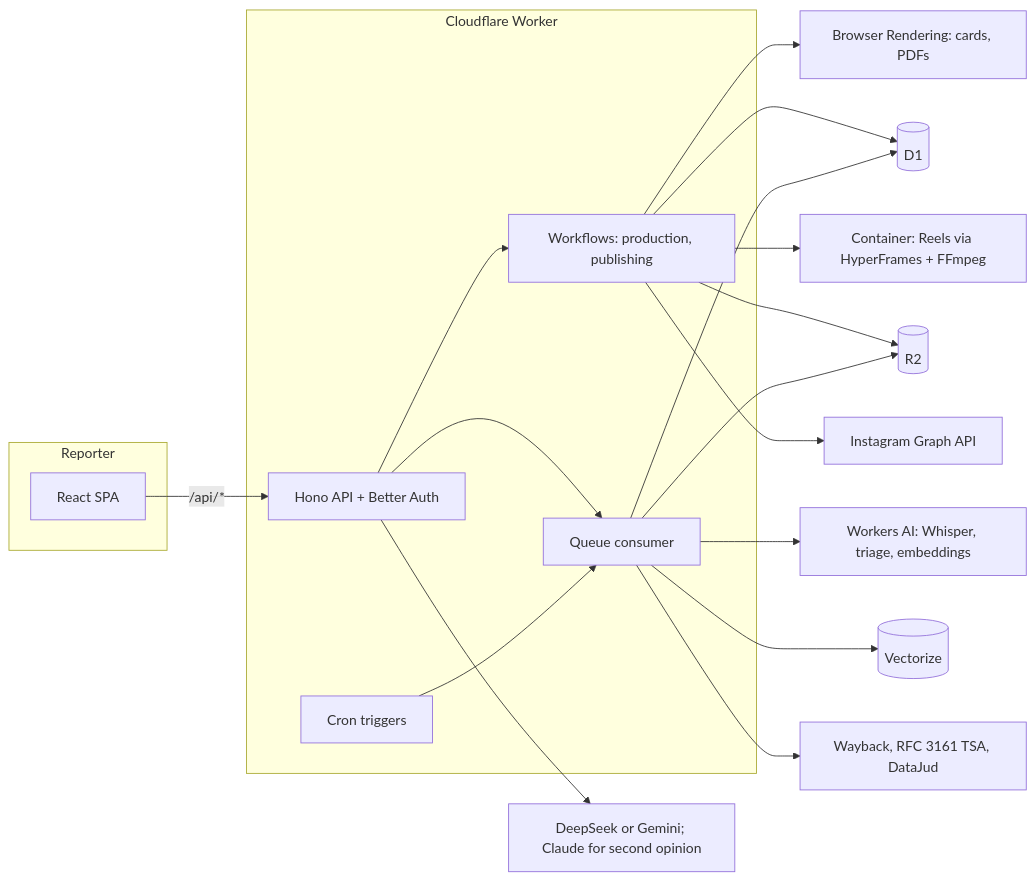
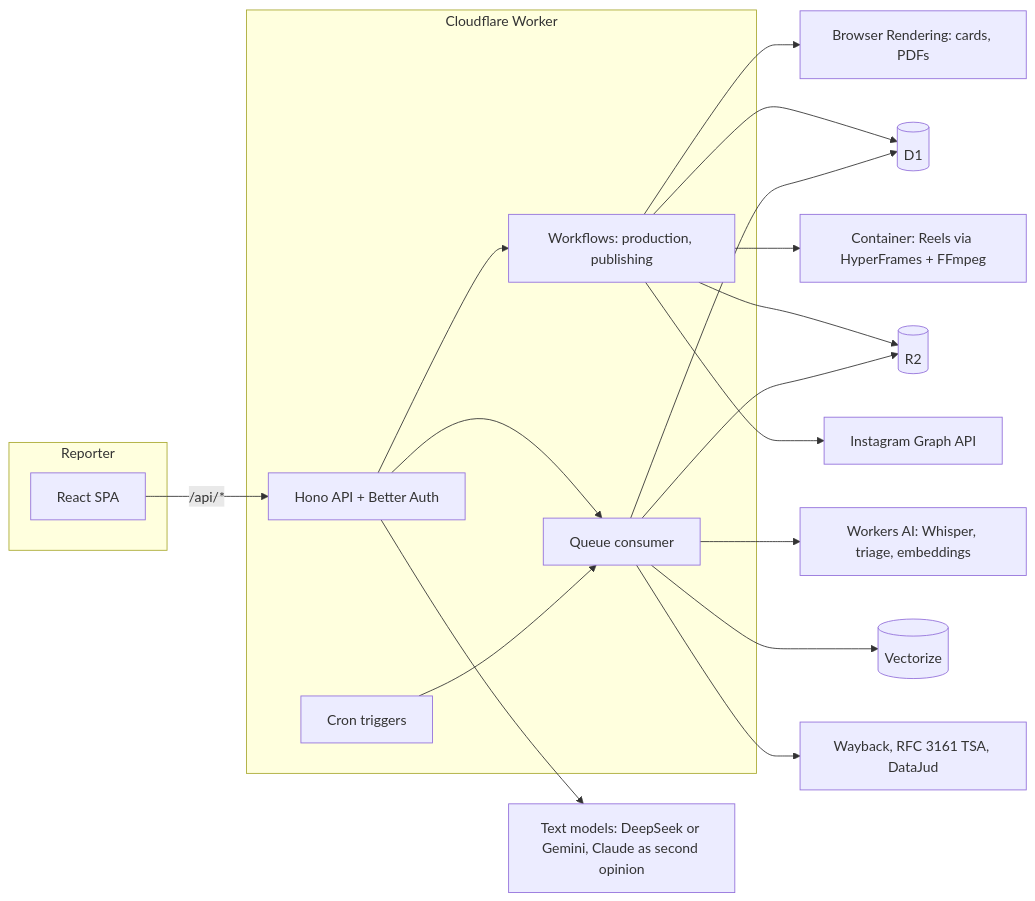
The diagram in README.md (CitadelAgency/gazzpush), drawn with Mermaid before and after one commit. The commit also changed other lines of this file and 5 other files, not shown here.

First line of the commit message:
docs: match English UI labels, quote Mermaid labels, neutral contribution terms

````diff
--- a/README.md
+++ b/README.md
@@ -120,27 +120,27 @@
 ```mermaid
 flowchart LR
   subgraph Reporter
     UI[React SPA]
   end
-  subgraph Worker[Cloudflare Worker]
-    API[Hono API + Better Auth]
+  subgraph Worker["Cloudflare Worker"]
+    API["Hono API + Better Auth"]
     CRON[Cron triggers]
     Q[Queue consumer]
-    WF[Workflows: production, publishing]
+    WF["Workflows: production, publishing"]
   end
-  UI -->|/api/*| API
+  UI -->|"/api/*"| API
   CRON --> Q
   API --> Q
   API --> WF
   Q --> D1[(D1)]
   Q --> R2[(R2)]
   WF --> D1
   WF --> R2
-  Q --> AI[Workers AI: Whisper, triage, embeddings]
+  Q --> AI["Workers AI: Whisper, triage, embeddings"]
   Q --> VEC[(Vectorize)]
-  API --> LLM[DeepSeek or Gemini; Claude for second opinion]
-  WF --> BR[Browser Rendering: cards, PDFs]
-  WF --> CT[Container: Reels via HyperFrames + FFmpeg]
-  WF --> IG[Instagram Graph API]
-  Q --> EXT[Wayback, RFC 3161 TSA, DataJud]
+  API --> LLM["Text models: DeepSeek or Gemini, Claude as second opinion"]
+  WF --> BR["Browser Rendering: cards, PDFs"]
+  WF --> CT["Container: Reels via HyperFrames + FFmpeg"]
+  WF --> IG["Instagram Graph API"]
+  Q --> EXT["Wayback, RFC 3161 TSA, DataJud"]
 ```
````
